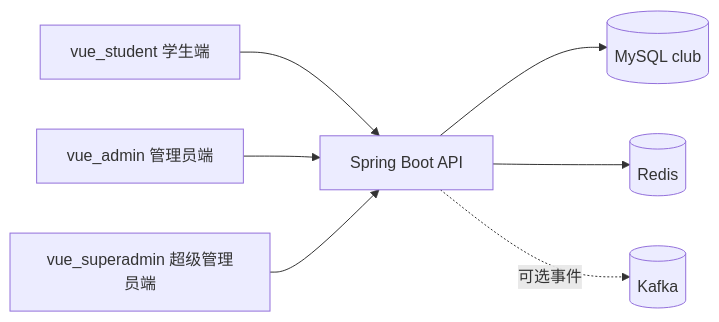
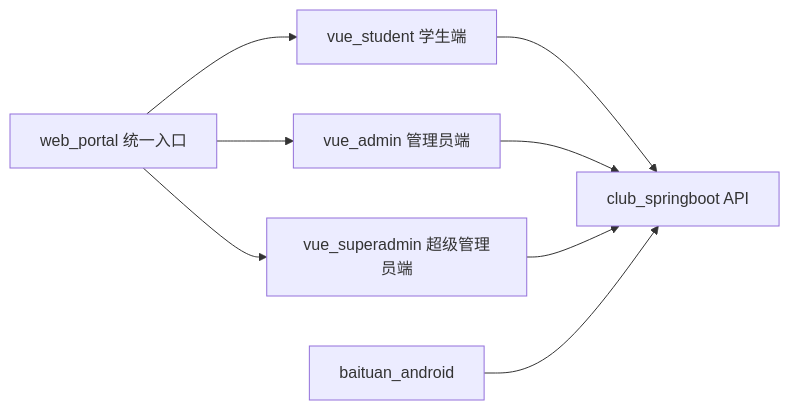
Before and after one commit to minislother/Digital-Hundred-Groups-Club: the diagram in .codex/rules/ai-readme/README.md, drawn with Mermaid. The commit also changed other lines of this file and 87 other files, not shown here.

````diff
--- a/.codex/rules/ai-readme/README.md
+++ b/.codex/rules/ai-readme/README.md
@@ -6,9 +6,10 @@
 ```mermaid
 flowchart LR
- Student[vue_student 学生端] --> API[Spring Boot API]
- Admin[vue_admin 管理员端] --> API
- Super[vue_superadmin 超级管理员端] --> API
- API --> MySQL[(MySQL club)]
- API --> Redis[(Redis)]
- API -.可选事件.-> Kafka[(Kafka)]
+  Portal[web_portal 统一入口] --> Student[vue_student 学生端]
+  Portal --> Admin[vue_admin 管理员端]
+  Portal --> Super[vue_superadmin 超级管理员端]
+  Student --> Backend[club_springboot API]
+  Admin --> Backend
+  Super --> Backend
+  Android[baituan_android] --> Backend
 ```
````
